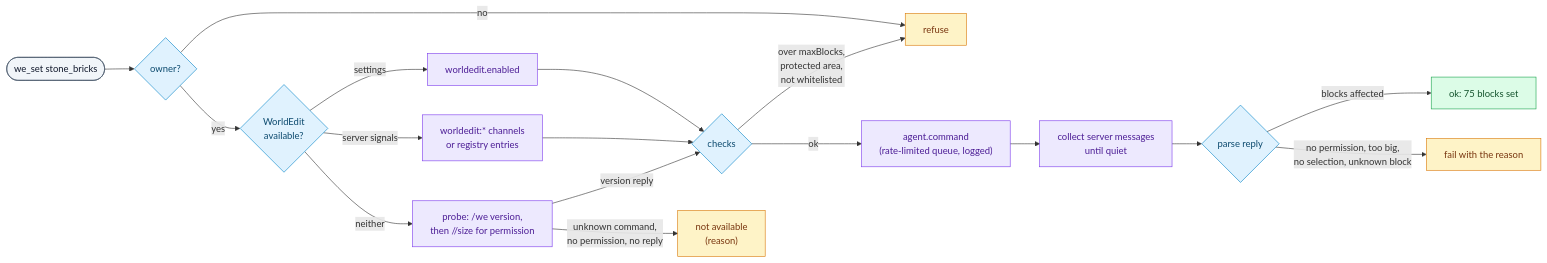
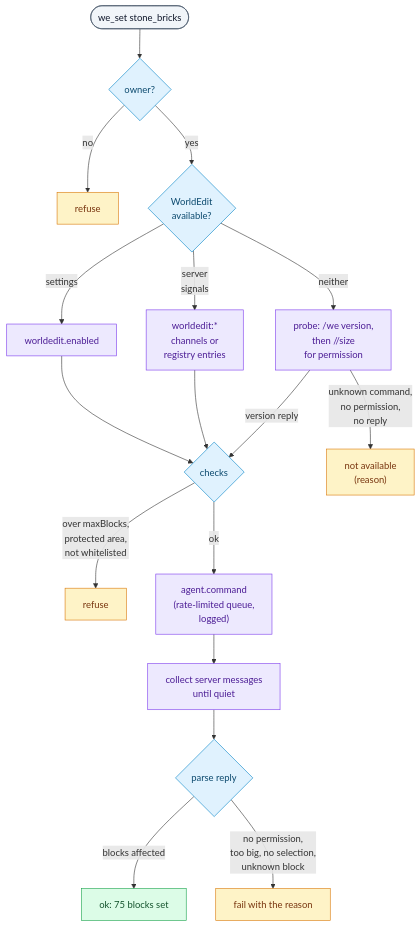
One commit to thereisnotime/golemkit changed the diagram in docs/guide/worldedit.md. Above: the diagram before and after it, drawn with Mermaid. The commit also changed 20 other files, not shown here.

First line of the commit message:
Docs: replace the last ASCII diagrams with mermaid, make wide charts top-down to fit the column

````diff
--- a/docs/guide/worldedit.md
+++ b/docs/guide/worldedit.md
@@ -14,30 +14,30 @@
 ```mermaid
-flowchart LR
+flowchart TD
   A(["we_set stone_bricks"]) --> O{"owner?"}
   O -->|no| X["refuse"]
   O -->|yes| D{"WorldEdit<br/>available?"}
   D -->|settings| S["worldedit.enabled"]
-  D -->|server signals| C["worldedit:* channels<br/>or registry entries"]
-  D -->|neither| P["probe: /we version,<br/>then //size for permission"]
+  D -->|server<br/>signals| C["worldedit:*<br/>channels or<br/>registry entries"]
+  D -->|neither| P["probe: /we version,<br/>then //size<br/>for permission"]
   S --> K
   C --> K
   P -->|"version reply"| K{"checks"}
-  P -->|"unknown command,<br/>no permission, no reply"| N["not available<br/>(reason)"]
-  K -->|"over maxBlocks,<br/>protected area,<br/>not whitelisted"| X
-  K -->|ok| Q["agent.command<br/>(rate-limited queue, logged)"]
+  P -->|"unknown command,<br/>no permission,<br/>no reply"| N["not available<br/>(reason)"]
+  K -->|"over maxBlocks,<br/>protected area,<br/>not whitelisted"| X2["refuse"]
+  K -->|ok| Q["agent.command<br/>(rate-limited queue,<br/>logged)"]
   Q --> R["collect server messages<br/>until quiet"]
   R --> M{"parse reply"}
   M -->|"blocks affected"| OK["ok: 75 blocks set"]
-  M -->|"no permission, too big,<br/>no selection, unknown block"| F["fail with the reason"]
+  M -->|"no permission,<br/>too big, no selection,<br/>unknown block"| F["fail with the reason"]
 
   classDef cmd fill:#f1f5f9,stroke:#475569,color:#0f172a
   classDef prof fill:#dcfce7,stroke:#16a34a,color:#14532d
   classDef vari fill:#e0f2fe,stroke:#0284c7,color:#0c4a6e
   classDef inst fill:#ede9fe,stroke:#7c3aed,color:#4c1d95
   classDef ask fill:#fef3c7,stroke:#d97706,color:#78350f
   class A cmd
   class O,D,K,M vari
   class S,C,P,Q,R inst
   class OK prof
-  class X,N,F ask
+  class X,X2,N,F ask
 ```
````
